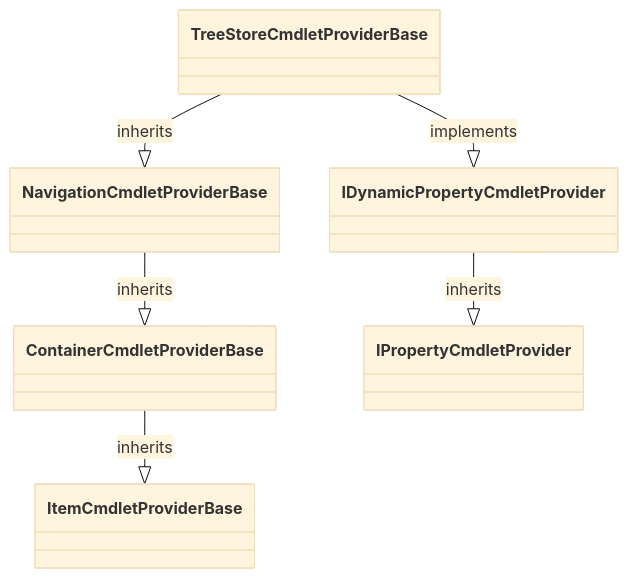
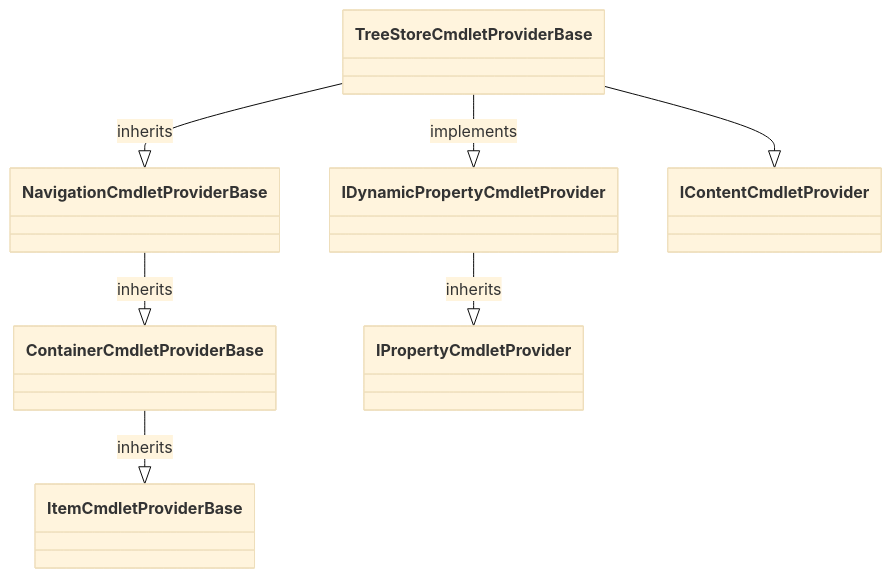
The diagram in src/TreeStore.Core/Providers/readme.md (wgross/TreeStore.Core), drawn with Mermaid (base theme) before and after one commit. The commit also changed other lines of this file and 13 other files, not shown here.

````diff
--- a/src/TreeStore.Core/Providers/readme.md
+++ b/src/TreeStore.Core/Providers/readme.md
@@ -5,9 +5,10 @@
 ```mermaid
 classDiagram
 	TreeStoreCmdletProviderBase --|> NavigationCmdletProviderBase : inherits
 	NavigationCmdletProviderBase --|> ContainerCmdletProviderBase : inherits
 	ContainerCmdletProviderBase --|> ItemCmdletProviderBase : inherits
 
 	TreeStoreCmdletProviderBase --|> IDynamicPropertyCmdletProvider : implements
 	IDynamicPropertyCmdletProvider --|> IPropertyCmdletProvider : inherits
+	TreeStoreCmdletProviderBase --|> IContentCmdletProvider
 ```
````
